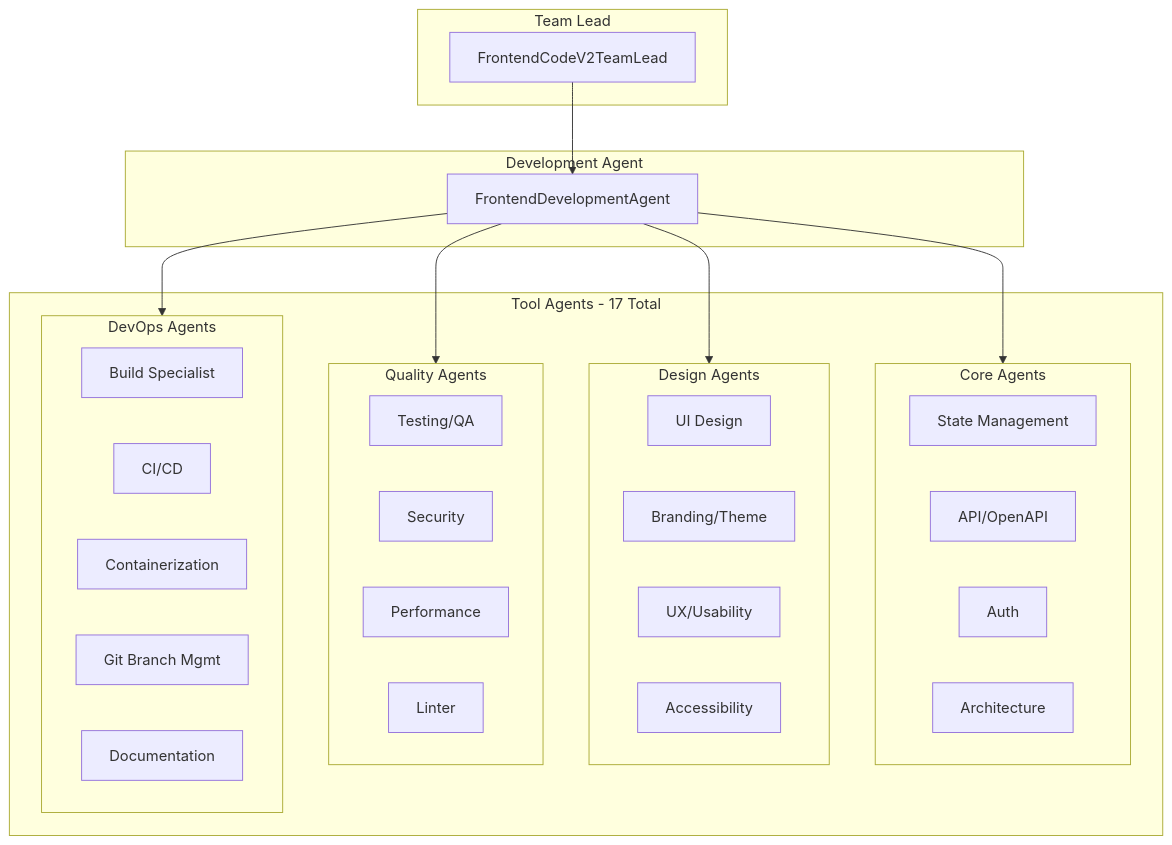
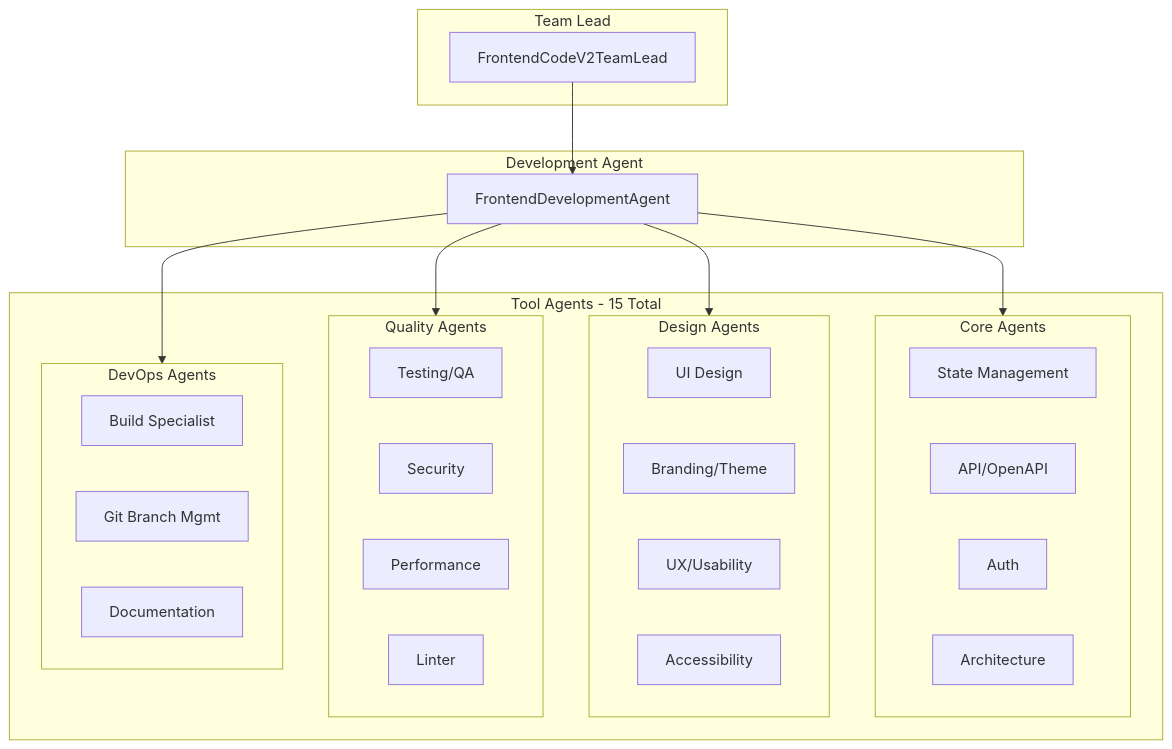
The first of 2 diagrams in backend/agents/software_engineering_team/frontend_code_v2_team/README.md (brandonkindred/Khala-Agentic-AI-Teams), drawn with Mermaid before and after one commit. The commit also changed other lines of this file and 6 other files, not shown here.

````diff
--- a/backend/agents/software_engineering_team/frontend_code_v2_team/README.md
+++ b/backend/agents/software_engineering_team/frontend_code_v2_team/README.md
@@ -7,44 +7,42 @@
 ```mermaid
 graph TB
     subgraph TL [Team Lead]
         FTL[FrontendCodeV2TeamLead]
     end
     
     subgraph DA [Development Agent]
         FDA[FrontendDevelopmentAgent]
     end
     
-    subgraph TA [Tool Agents - 17 Total]
+    subgraph TA [Tool Agents - 15 Total]
         subgraph Core [Core Agents]
             SM[State Management]
             API[API/OpenAPI]
             AUTH[Auth]
             ARCH[Architecture]
         end
         
         subgraph Design [Design Agents]
             UI[UI Design]
             BRAND[Branding/Theme]
             UX[UX/Usability]
             A11Y[Accessibility]
         end
         
         subgraph Quality [Quality Agents]
             TEST[Testing/QA]
             SEC[Security]
             PERF[Performance]
             LINT[Linter]
         end
         
         subgraph DevOps [DevOps Agents]
             BUILD[Build Specialist]
-            CICD[CI/CD]
-            CONT[Containerization]
             GIT[Git Branch Mgmt]
             DOC[Documentation]
         end
     end
     
     FTL --> FDA
     FDA --> Core & Design & Quality & DevOps
 ```
````
